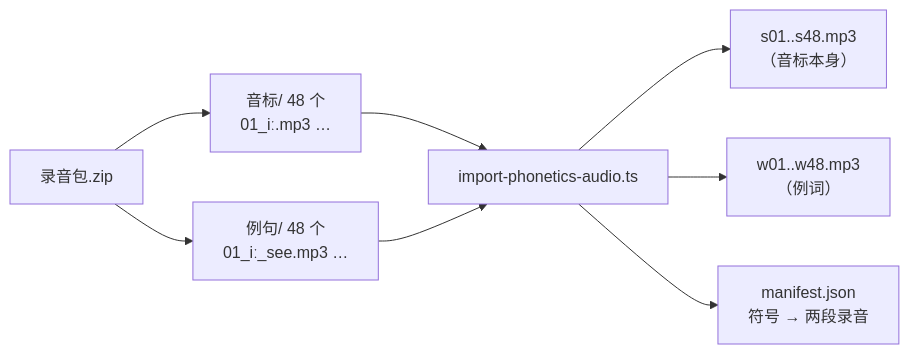
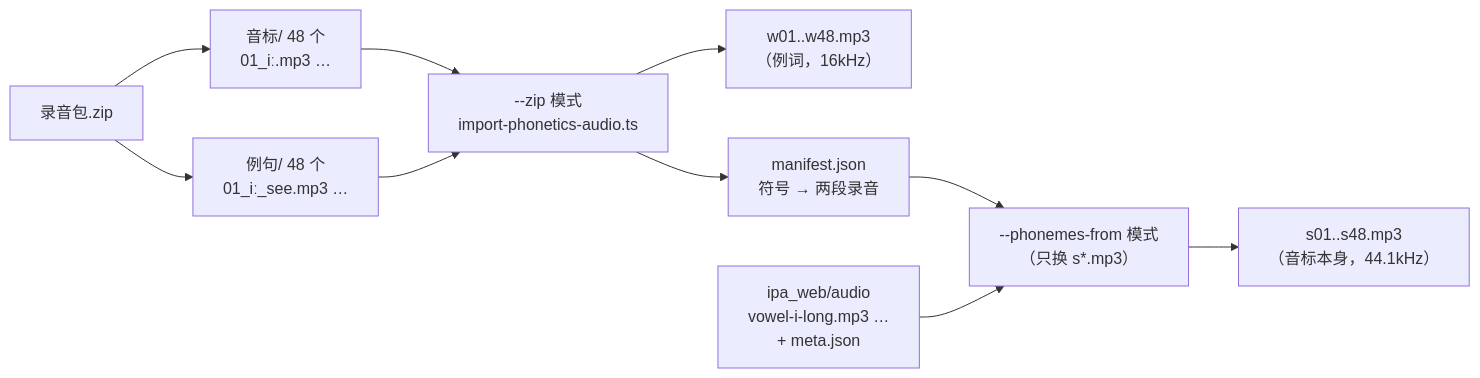
The first of 5 diagrams in impl/app/flutter/docs/phoneme-audio.md (kindywu/contexta), drawn with Mermaid before and after one commit. The commit also changed other lines of this file and 51 other files, not shown here.

First line of the commit message:
feat(app): 48 个音标录音换成 ipa_web 源（例词不动） (#49)

````diff
--- a/impl/app/flutter/docs/phoneme-audio.md
+++ b/impl/app/flutter/docs/phoneme-audio.md
@@ -41,10 +48,12 @@
 ```mermaid
 flowchart LR
     A[录音包.zip] --> B["音标/ 48 个<br/>01_iː.mp3 …"]
     A --> C["例句/ 48 个<br/>01_iː_see.mp3 …"]
-    B --> D[import-phonetics-audio.ts]
+    B --> D["--zip 模式<br/>import-phonetics-audio.ts"]
     C --> D
-    D --> E["s01..s48.mp3<br/>（音标本身）"]
-    D --> F["w01..w48.mp3<br/>（例词）"]
-    D --> G["manifest.json<br/>符号 → 两段录音"]
+    D --> E["w01..w48.mp3<br/>（例词，16kHz）"]
+    D --> F["manifest.json<br/>符号 → 两段录音"]
+    F --> G["--phonemes-from 模式<br/>（只换 s*.mp3）"]
+    H["ipa_web/audio<br/>vowel-i-long.mp3 …<br/>+ meta.json"] --> G
+    G --> I["s01..s48.mp3<br/>（音标本身，44.1kHz）"]
 ```
````
